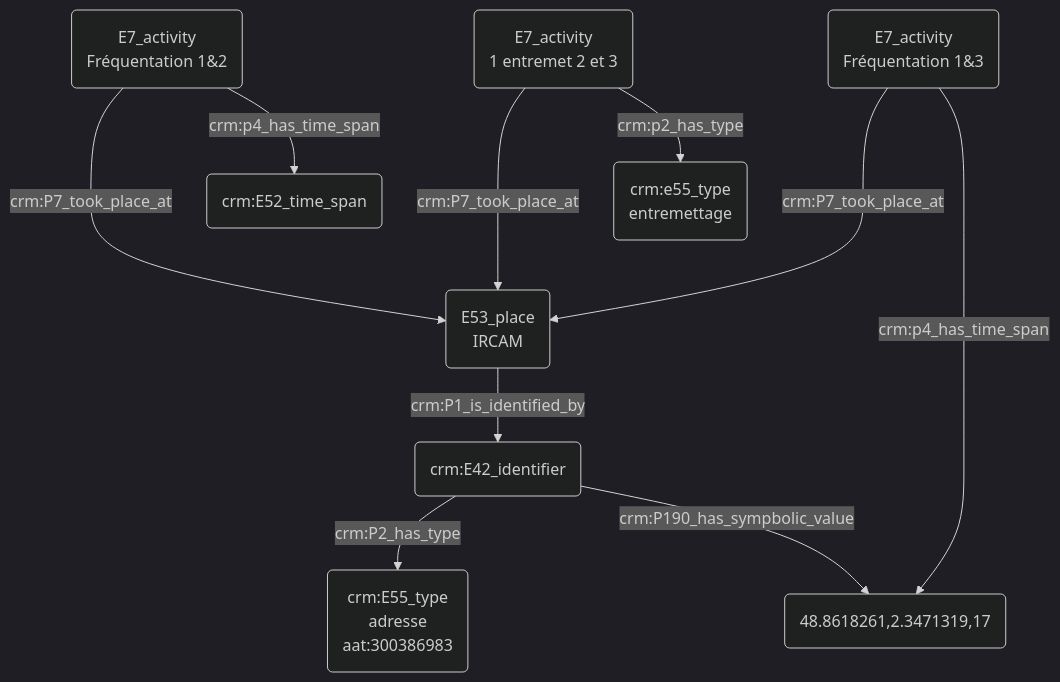
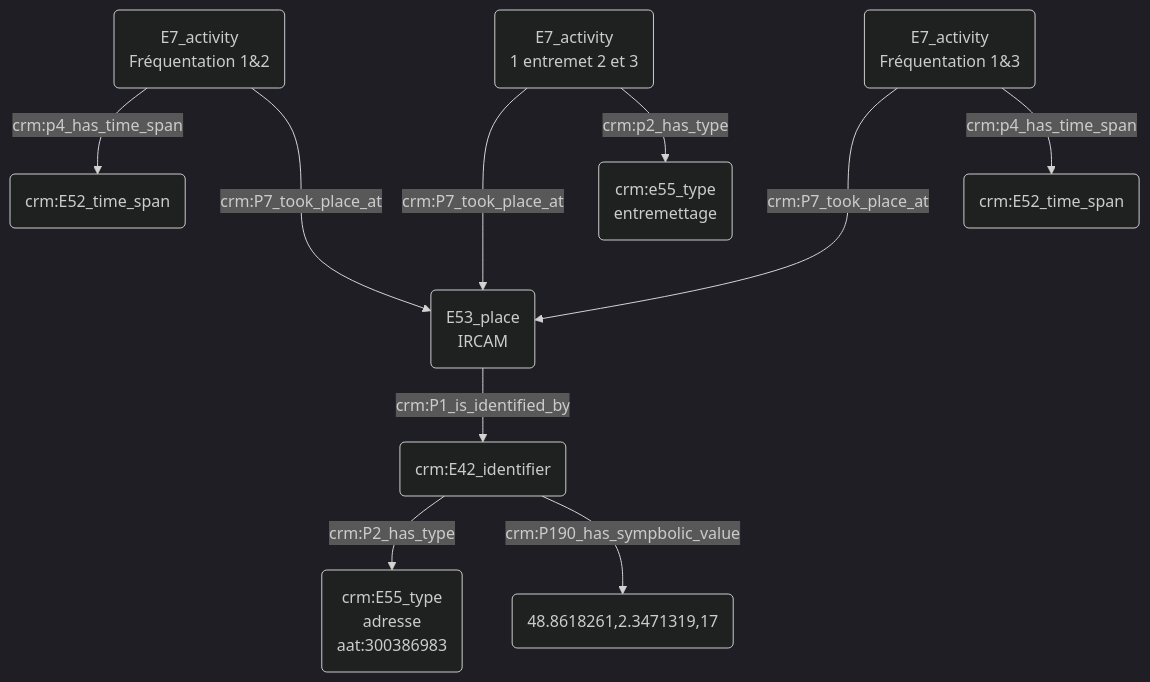
The second of 2 diagrams in modules/livrables/Dossier 2/Prosopographie/rencontre de quelqu'un par le biais d'une tierce personne au sein d'un même lieu.md (Amleth/consortium-musica2-gt2-ontologies), drawn with Mermaid (dark theme) before and after one commit.

Commit message:
Update rencontre de quelqu'un par le biais d'une tierce personne au sein d'un même lieu.md

````diff
--- a/modules/livrables/Dossier 2/Prosopographie/rencontre de quelqu'un par le biais d'une tierce personne au sein d'un même lieu.md
+++ b/modules/livrables/Dossier 2/Prosopographie/rencontre de quelqu'un par le biais d'une tierce personne au sein d'un même lieu.md
@@ -33,15 +33,16 @@
 ```mermaid
 graph TD;
 
+B(E7_activity<br>Fréquentation 1&2) --> |crm:p4_has_time_span| I(crm:E52_time_span)
 B(E7_activity<br>Fréquentation 1&2) --->|crm:P7_took_place_at| K(E53_place<br>IRCAM)
-B(E7_activity<br>Fréquentation 1&2) --> |crm:p4_has_time_span| I(crm:E52_time_span)
+
 O(E7_activity<br>1 entremet 2 et 3) ---> |crm:P7_took_place_at| K(E53_place<br>IRCAM)
 O(E7_activity<br>1 entremet 2 et 3) --> |crm:p2_has_type| P(crm:e55_type<br>entremettage)
 D(E7_activity<br>Fréquentation 1&3) --->|crm:P7_took_place_at| K(E53_place<br>IRCAM)
-D(E7_activity<br>Fréquentation 1&3) --> |crm:p4_has_time_span| N(crm:E52_time_span)
+D(E7_activity<br>Fréquentation 1&3) --> |crm:p4_has_time_span| R(crm:E52_time_span)
 
 K(E53_place<br>IRCAM) --> |crm:P1_is_identified_by| L(crm:E42_identifier)
 L(crm:E42_identifier) --> |crm:P2_has_type| M(crm:E55_type<br>adresse<br>aat:300386983)
 L(crm:E42_identifier) --> |crm:P190_has_sympbolic_value| N(48.8618261,2.3471319,17)
 
 ```
````
